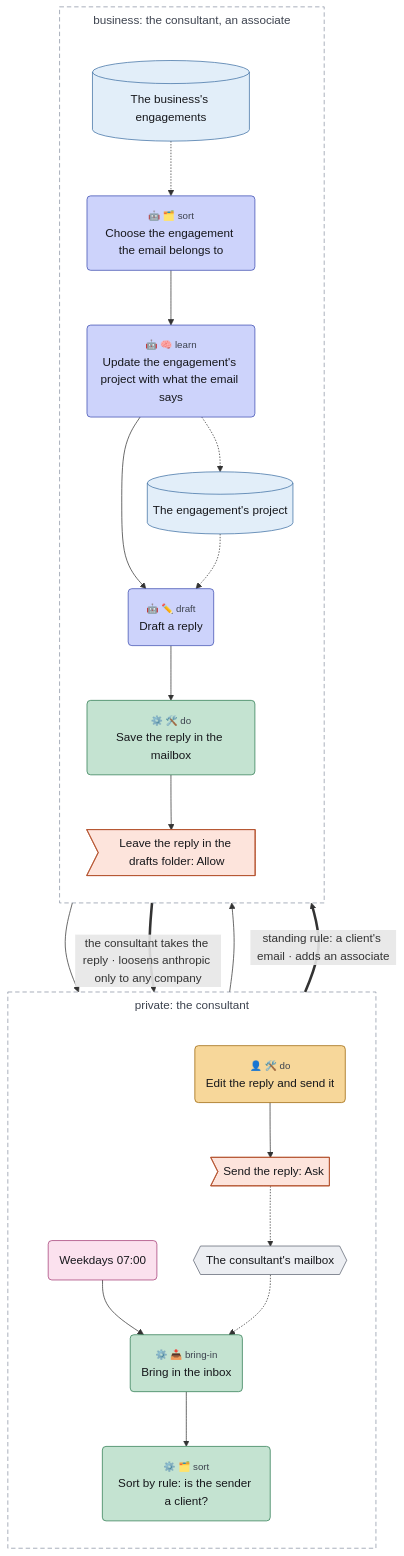
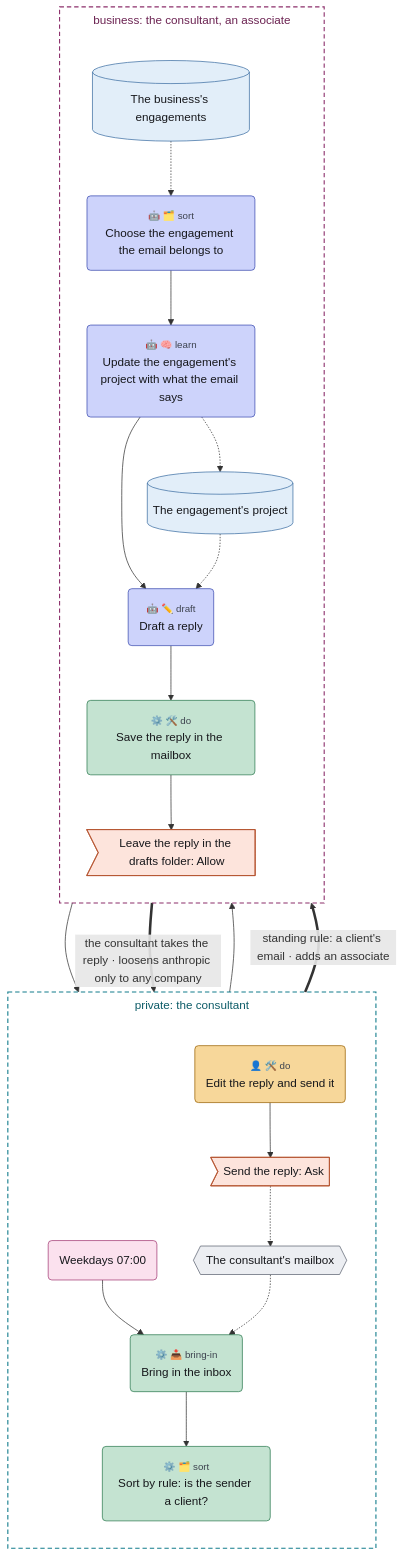
The diagram in plugins/awml/skills/awml/references/examples/client-email.mmd (chrismdp/awml), drawn with Mermaid before and after one commit. The commit also changed 69 other files, not shown here.

```diff
--- a/plugins/awml/skills/awml/references/examples/client-email.mmd
+++ b/plugins/awml/skills/awml/references/examples/client-email.mmd
@@ -1,65 +1,65 @@
 ---
 config:
   theme: default
   fontFamily: Inter, sans-serif
   flowchart:
     useMaxWidth: false
     subGraphTitleMargin:
       top: 6
       bottom: 30
 ---
 flowchart TB
   subgraph private["private#58; the consultant"]
     direction TB
     mailbox{{"The consultant#39;s mailbox"}}
     weekdays("Weekdays 07#58;00")
     bring("<small style='color:rgb(61,67,79)'>⚙️ 📥 bring-in</small><br>Bring in the inbox")
     rules("<small style='color:rgb(61,67,79)'>⚙️ 🗂️ sort</small><br>Sort by rule#58; is the sender a client#63;")
     edit("<small style='color:rgb(61,67,79)'>👤 🛠️ do</small><br>Edit the reply and send it")
     send>"Send the reply#58; Ask"]
   end
   subgraph business["business#58; the consultant#44; an associate"]
     direction TB
     engagements[("The business#39;s engagements")]
     choose("<small style='color:rgb(61,67,79)'>🤖 🗂️ sort</small><br>Choose the engagement the email belongs to")
     learn("<small style='color:rgb(61,67,79)'>🤖 🧠 learn</small><br>Update the engagement#39;s project with what the email says")
     project[("The engagement#39;s project")]
     draft("<small style='color:rgb(61,67,79)'>🤖 ✏️ draft</small><br>Draft a reply")
     save("<small style='color:rgb(61,67,79)'>⚙️ 🛠️ do</small><br>Save the reply in the mailbox")
     saved>"Leave the reply in the drafts folder#58; Allow"]
   end
 
   weekdays --> bring
   mailbox -.-> bring
   bring --> rules
   rules --> choose
   rules ==>|"standing rule#58; a client#39;s email · adds an associate"| choose
   engagements -.-> choose
   choose --> learn
   learn -.-> project
   learn --> draft
   project -.-> draft
   draft --> save
   save --> saved
   save --> edit
   saved ==>|"the consultant takes the reply · loosens anthropic only to any company"| edit
   edit --> send
   send -.-> mailbox
   classDef trig fill:#fbe1ee,stroke:#a33a74,color:#16171b
   classDef ctx fill:#e2eef9,stroke:#3d6fa3,color:#16171b
   classDef con fill:#eceef2,stroke:#5d6472,color:#16171b
   classDef surf fill:#ffffff,stroke:#2a2d35,stroke-width:1.5px,color:#16171b
   classDef out fill:#fde4dc,stroke:#b5532f,color:#16171b
   classDef ai fill:#cdd3fb,stroke:#3b4bb0,color:#16171b
   classDef code fill:#c4e3d1,stroke:#2b7a4f,color:#16171b
   classDef person fill:#f7d79a,stroke:#9a6100,color:#16171b
   classDef gap fill:#ffffff,stroke:#8a93a3,stroke-dasharray:4 3,color:#6b7280
   class weekdays trig
   class engagements,project ctx
   class mailbox con
   class saved,send out
   class choose,learn,draft ai
   class bring,rules,save code
   class edit person
-  style private fill:transparent,stroke:#8a93a3,stroke-dasharray:6 4,color:#3d434f
-  style business fill:transparent,stroke:#8a93a3,stroke-dasharray:6 4,color:#3d434f
+  style private fill:transparent,stroke:#127c8c,stroke-width:1.5px,stroke-dasharray:6 4,color:#0d5c68
+  style business fill:transparent,stroke:#8c2f6b,stroke-width:1.5px,stroke-dasharray:6 4,color:#6b2251
```
